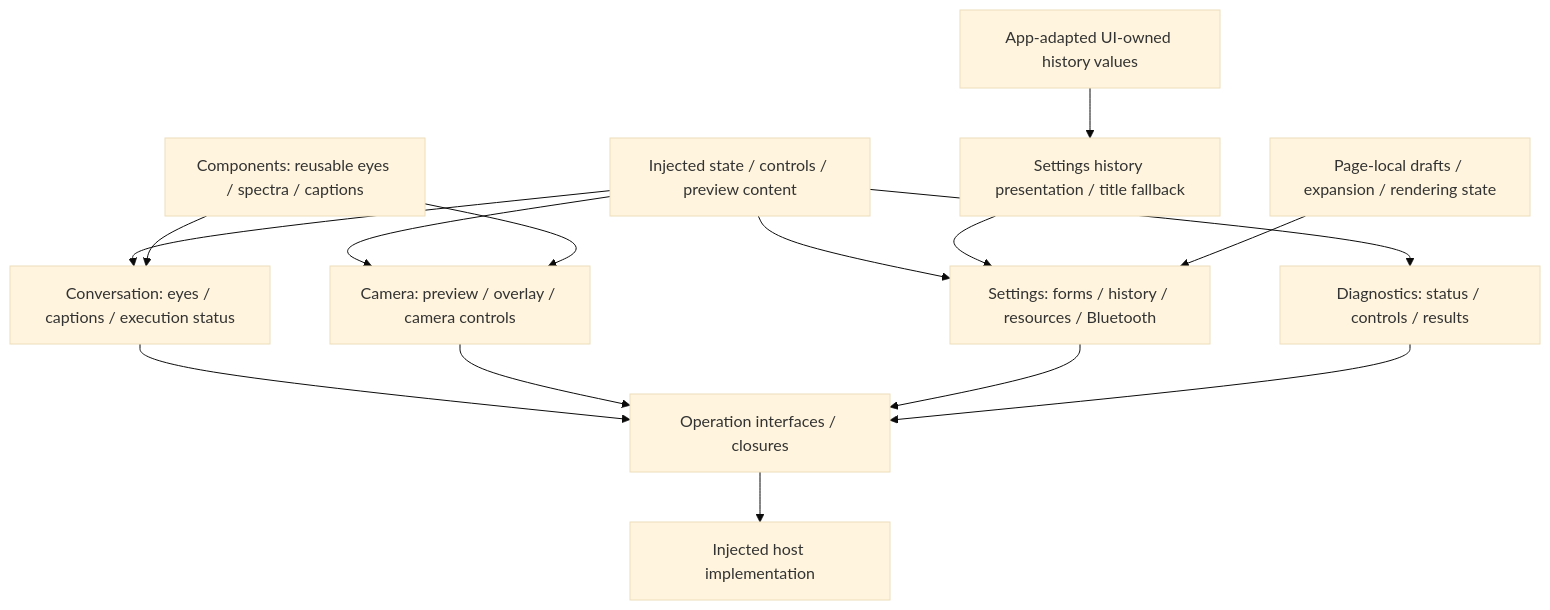
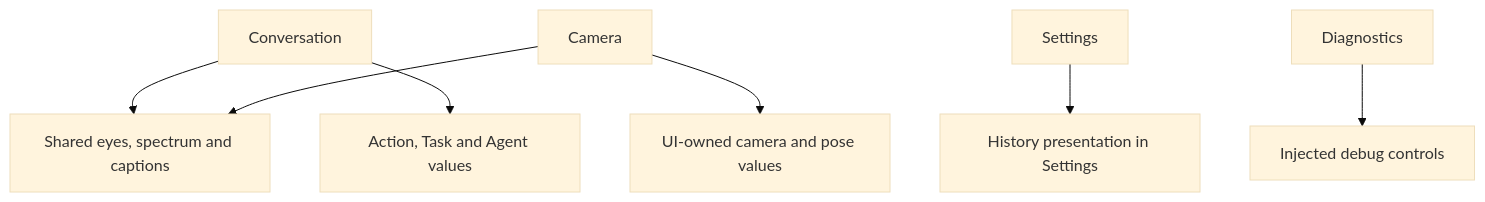
Before and after one commit to devilyouwei/MobileHarness: the second of 2 diagrams in MobileHarness/UI/README.md, drawn with Mermaid (base theme). The commit also changed other lines of this file and 116 other files, not shown here.

````diff
--- a/MobileHarness/UI/README.md
+++ b/MobileHarness/UI/README.md
@@ -46,17 +26,9 @@
 ```mermaid
 flowchart TB
-    Inject[Injected state / controls / preview content] --> Conversation[Conversation: eyes / captions / execution status]
-    Inject --> Camera[Camera: preview / overlay / camera controls]
-    Inject --> Settings[Settings: forms / history / resources / Bluetooth]
-    Inject --> Diagnostics[Diagnostics: status / controls / results]
-    Components[Components: reusable eyes / spectra / captions] --> Conversation
-    Components --> Camera
-    Records[App-adapted UI-owned history values] --> History[Settings history presentation / title fallback]
-    History --> Settings
-    Conversation --> Intent[Operation interfaces / closures]
-    Camera --> Intent
-    Settings --> Intent
-    Diagnostics --> Intent
-    Draft[Page-local drafts / expansion / rendering state] --> Settings
-    Intent --> Host[Injected host implementation]
+ Conversation --> Components[Shared eyes, spectrum and captions]
+ Camera --> Components
+ Settings --> History[History presentation in Settings]
+ Diagnostics --> Forms[Injected debug controls]
+ Camera --> Values[UI-owned camera and pose values]
+ Conversation --> Logs[Action, Task and Agent values]
 ```
````
